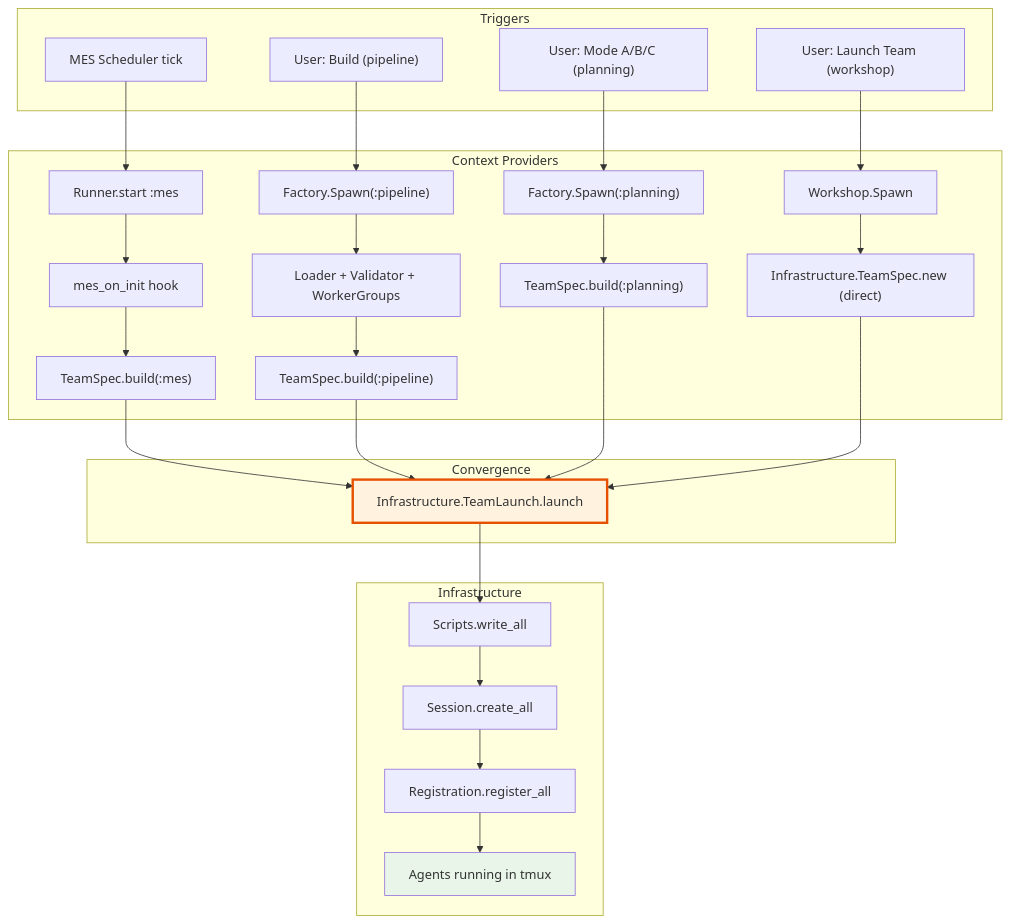
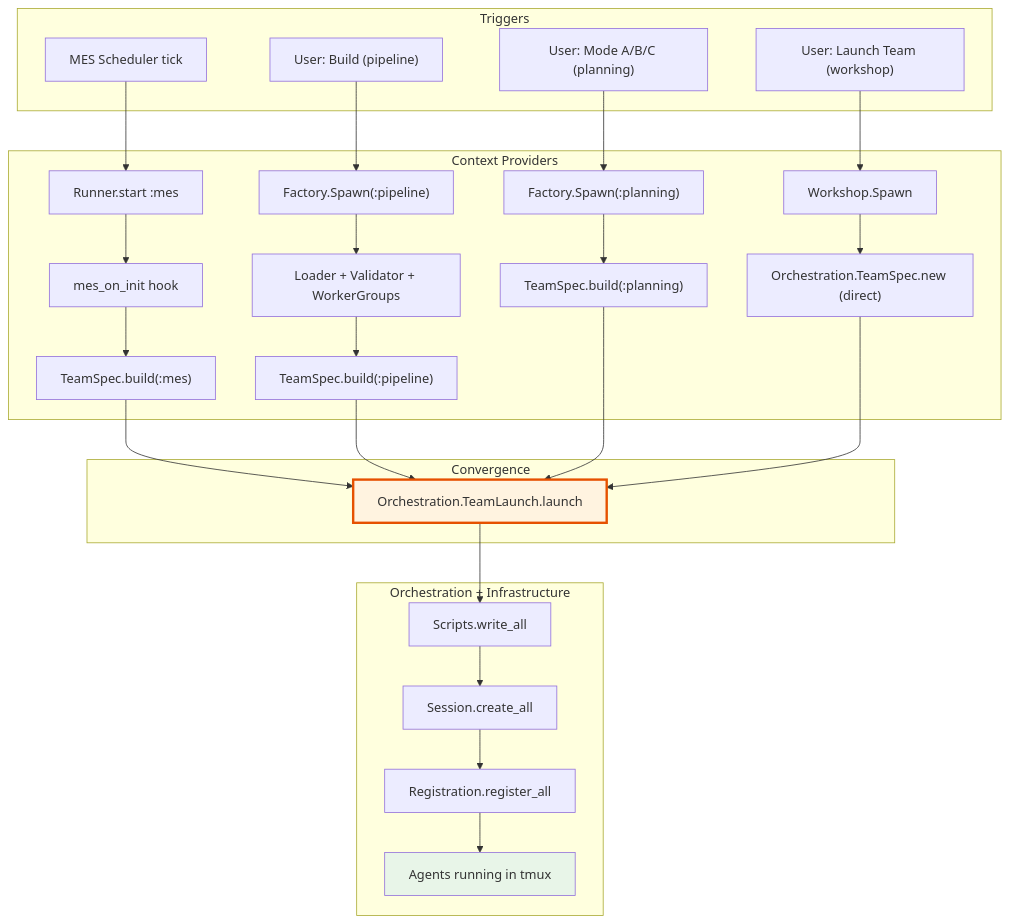
One commit to architects-of-type-IV/agent-observatory changed the tenth of 21 diagrams in docs/diagrams/architecture.md. Above: the diagram before and after it, drawn with Mermaid. The commit also changed other lines of this file and 7 other files, not shown here.

First line of the commit message:
docs: sync all architecture docs to hexagonal reorg final state

````diff
--- a/docs/diagrams/architecture.md
+++ b/docs/diagrams/architecture.md
@@ -413,42 +435,42 @@
 ```mermaid
 flowchart TB
     subgraph "Triggers"
         A[MES Scheduler tick]
         B["User: Build (pipeline)"]
         C["User: Mode A/B/C (planning)"]
         D["User: Launch Team (workshop)"]
     end
 
     subgraph "Context Providers"
         A --> E[Runner.start :mes]
         E --> F[mes_on_init hook]
         F --> G["TeamSpec.build(:mes)"]
 
         B --> H["Factory.Spawn(:pipeline)"]
         H --> I[Loader + Validator + WorkerGroups]
         I --> J["TeamSpec.build(:pipeline)"]
 
         C --> K["Factory.Spawn(:planning)"]
         K --> L["TeamSpec.build(:planning)"]
 
         D --> M[Workshop.Spawn]
-        M --> N["Infrastructure.TeamSpec.new (direct)"]
+        M --> N["Orchestration.TeamSpec.new (direct)"]
     end
 
     subgraph "Convergence"
-        G --> O[Infrastructure.TeamLaunch.launch]
+        G --> O[Orchestration.TeamLaunch.launch]
         J --> O
         L --> O
         N --> O
     end
 
-    subgraph "Infrastructure"
+    subgraph "Orchestration + Infrastructure"
         O --> P[Scripts.write_all]
         P --> Q[Session.create_all]
         Q --> R[Registration.register_all]
         R --> S[Agents running in tmux]
     end
 
     style O fill:#fff3e0,stroke:#e65100,stroke-width:3px
     style S fill:#e8f5e8
 ```
````
